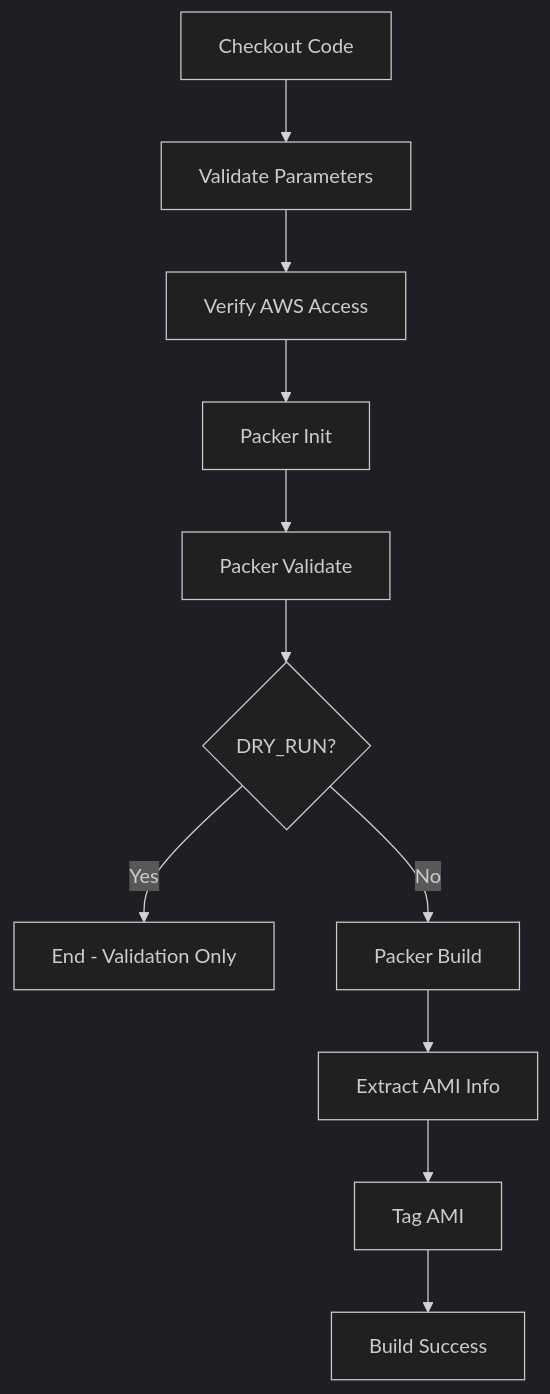
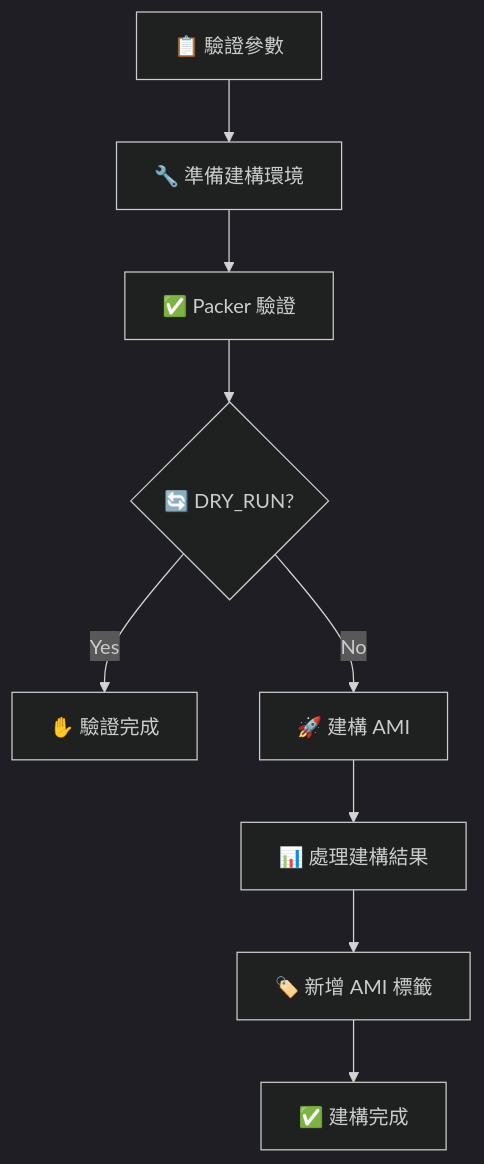
The diagram in README.md (Spencer810704/my_packer_lab), drawn with Mermaid (dark theme) before and after one commit. The commit also changed other lines of this file, not shown here.

````diff
--- a/README.md
+++ b/README.md
@@ -178,13 +162,11 @@
 ```mermaid
 graph TD
-    A[Checkout Code] --> B[Validate Parameters]
-    B --> C[Verify AWS Access]
-    C --> D[Packer Init]
-    D --> E[Packer Validate]
-    E --> F{DRY_RUN?}
-    F -->|Yes| G[End - Validation Only]
-    F -->|No| H[Packer Build]
-    H --> I[Extract AMI Info]
-    I --> J[Tag AMI]
-    J --> K[Build Success]
+    A[📋 驗證參數] --> B[🔧 準備建構環境]
+    B --> C[✅ Packer 驗證]
+    C --> D{🔄 DRY_RUN?}
+    D -->|Yes| E[✋ 驗證完成]
+    D -->|No| F[🚀 建構 AMI]
+    F --> G[📊 處理建構結果]
+    G --> H[🏷️ 新增 AMI 標籤]
+    H --> I[✅ 建構完成]
 ```
````
